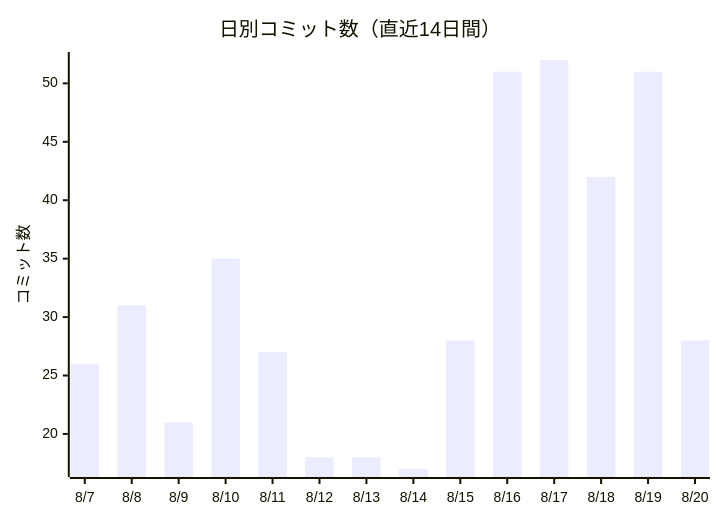
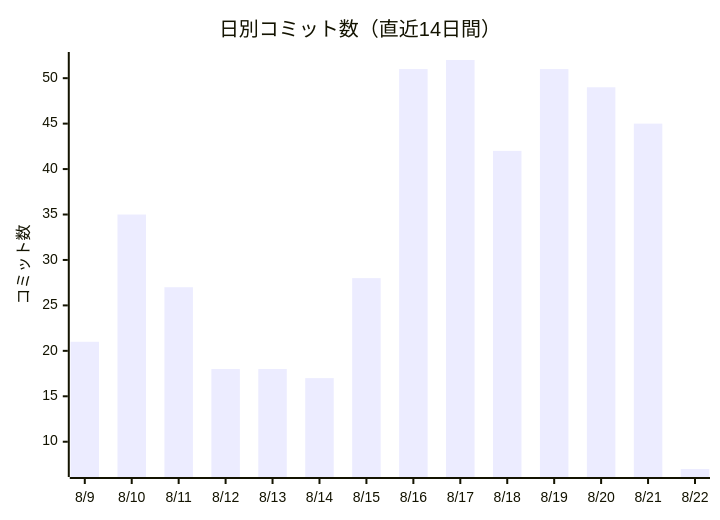
One commit to non-x2/non-x2 changed the first of 2 diagrams in docs/進化レポート.md. Above: the diagram before and after it, drawn with Mermaid. The commit also changed other lines of this file and 8 other files, not shown here.

````diff
--- a/docs/進化レポート.md
+++ b/docs/進化レポート.md
@@ -23,7 +23,7 @@
 ```mermaid
 xychart-beta
     title "日別コミット数（直近14日間）"
-    x-axis ["8/7", "8/8", "8/9", "8/10", "8/11", "8/12", "8/13", "8/14", "8/15", "8/16", "8/17", "8/18", "8/19", "8/20"]
+    x-axis ["8/9", "8/10", "8/11", "8/12", "8/13", "8/14", "8/15", "8/16", "8/17", "8/18", "8/19", "8/20", "8/21", "8/22"]
     y-axis "コミット数"
-    bar [26, 31, 21, 35, 27, 18, 18, 17, 28, 51, 52, 42, 51, 28]
+    bar [21, 35, 27, 18, 18, 17, 28, 51, 52, 42, 51, 49, 45, 7]
 ```
````
